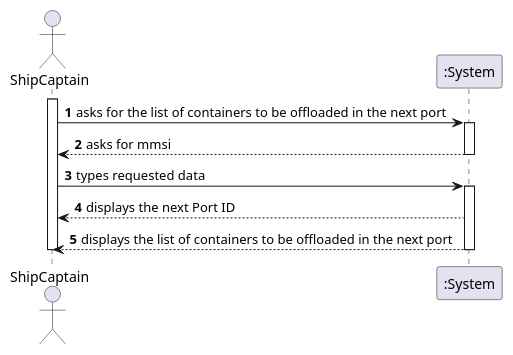
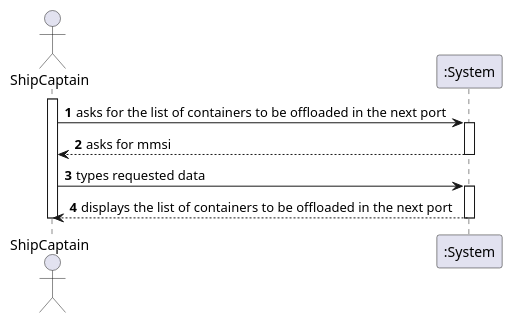
One commit to ana-albergaria/LAPR3-ISEP changed the diagram in docs/US205/US205_SSD.puml. Above: the diagram before and after it, drawn with PlantUML. The commit also changed 1 other file, not shown here.

```diff
--- a/docs/US205/US205_SSD.puml
+++ b/docs/US205/US205_SSD.puml
@@ -1,20 +1,19 @@
 @startuml
 'https://plantuml.com/sequence-diagram
 
 autonumber
 actor ShipCaptain as C
 
 activate C
 C -> ":System" : asks for the list of containers to be offloaded in the next port
 activate ":System"
 ":System" --> C : asks for mmsi
 deactivate ":System"
 
 C -> ":System" : types requested data
 activate ":System"
-":System" --> C : displays the next Port ID
 
 ":System" --> C : displays the list of containers to be offloaded in the next port
 deactivate ":System"
 deactivate C
 @enduml
```
